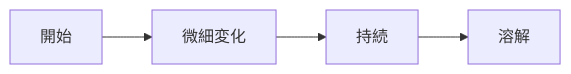
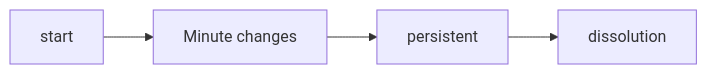
One commit to monumental-movement/monumental-movement.github.io changed the fourth of 4 diagrams in en/_posts/2025-12-18-column-ambient-drone-textural-drone.md. Above: the diagram before and after it, drawn with Mermaid. The commit also changed other lines of this file and 801 other files, not shown here.

```diff
--- a/en/_posts/2025-12-18-column-ambient-drone-textural-drone.md
+++ b/en/_posts/2025-12-18-column-ambient-drone-textural-drone.md
@@ -159,4 +159,4 @@
 <div class="mermaid">
 flowchart LR
-    T0["開始"] --> T1["微細変化"] --> T2["持続"] --> T3["溶解"]
+    T0["start"] --> T1["Minute changes"] --> T2["persistent"] --> T3["dissolution"]
 </div>
```
